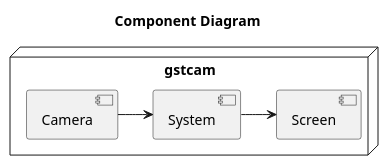
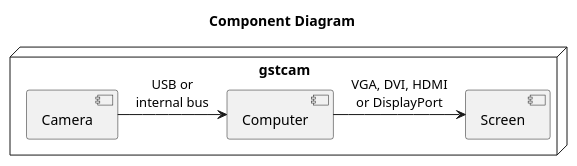
Before and after one commit to PanderMusubi/gstcam: the diagram in images/component-diagram.pu, drawn with PlantUML. The commit also changed 1 other file, not shown here.

Commit message:
Improved schematic

```diff
--- a/images/component-diagram.pu
+++ b/images/component-diagram.pu
@@ -1,14 +1,14 @@
 @startuml
 
 title Component Diagram
 
 node gstcam {
     [Camera] as cam
-    [System] as sys
+    [Computer] as com
     [Screen] as scr
 }
 
-cam -r-> sys
-sys -r-> scr
+cam -r-> com: USB or\ninternal bus
+com -r-> scr: VGA, DVI, HDMI\nor DisplayPort
 
 @enduml
```
